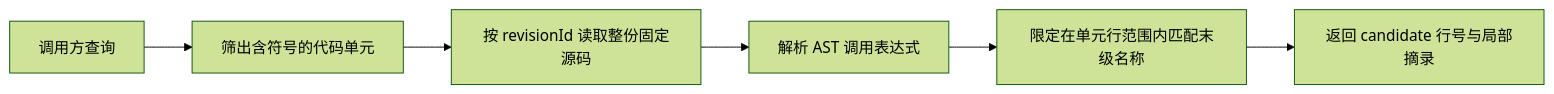
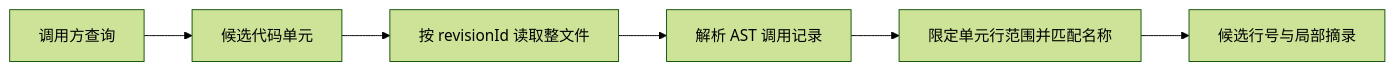
Before and after one commit to lejunyang/omem: the diagram in .repo-review/knowledge/articles/be695a771ceffb206943a834f4004608e1ecc3643c7f0fd74cba26198e7dd77e.md, drawn with Mermaid (forest theme). The commit also changed other lines of this file and 18 other files, not shown here.

````diff
--- a/.repo-review/knowledge/articles/be695a771ceffb206943a834f4004608e1ecc3643c7f0fd74cba26198e7dd77e.md
+++ b/.repo-review/knowledge/articles/be695a771ceffb206943a834f4004608e1ecc3643c7f0fd74cba26198e7dd77e.md
@@ -19,8 +17,8 @@
 ```mermaid
 flowchart LR
-  Q[调用方查询] --> U[筛出含符号的代码单元]
-  U --> R[按 revisionId 读取整份固定源码]
-  R --> A[解析 AST 调用表达式]
-  A --> M[限定在单元行范围内匹配末级名称]
-  M --> H[返回 candidate 行号与局部摘录]
+  Q[调用方查询] --> U[候选代码单元]
+  U --> R[按 revisionId 读取整文件]
+  R --> A[解析 AST 调用记录]
+  A --> M[限定单元行范围并匹配名称]
+  M --> H[候选行号与局部摘录]
 ```
````
